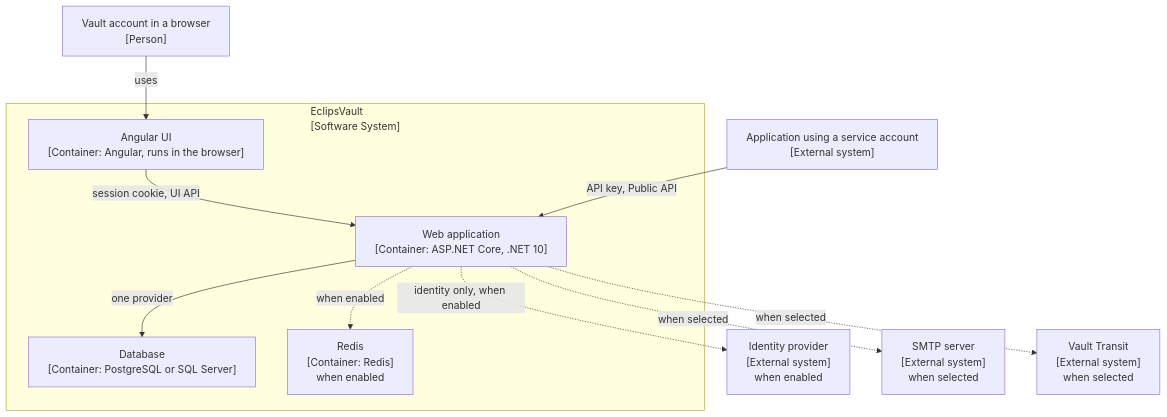
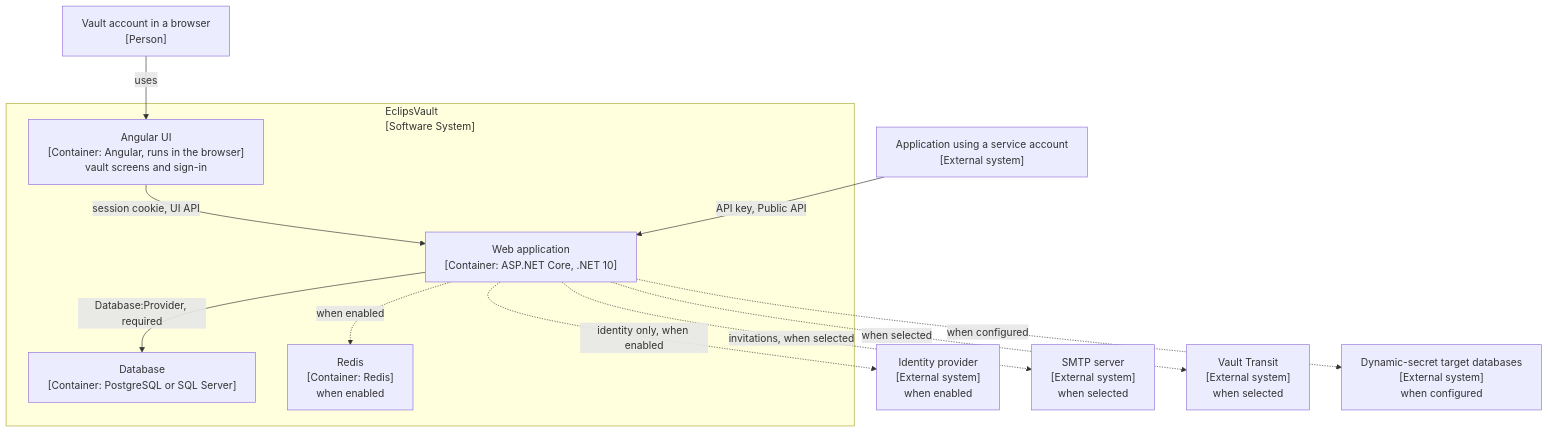
The second of 5 diagrams in docs/presentation/defence-draft/diagrams.md (sabysabashvily/EclipsVault), drawn with Mermaid before and after one commit. The commit also changed other lines of this file and 17 other files, not shown here.

````diff
--- a/docs/presentation/defence-draft/diagrams.md
+++ b/docs/presentation/defence-draft/diagrams.md
@@ -69,25 +76,27 @@
 ```mermaid
 %%{init: {"flowchart": {"wrappingWidth": 560}} }%%
 flowchart TB
   person["Vault account in a browser<br/>[Person]"]
   app["Application using a service account<br/>[External system]"]
   idp["Identity provider<br/>[External system]<br/>when enabled"]
   smtp["SMTP server<br/>[External system]<br/>when selected"]
   kms["Vault Transit<br/>[External system]<br/>when selected"]
+  targets["Dynamic-secret target databases<br/>[External system]<br/>when configured"]
 
   subgraph boundary ["EclipsVault<br/>[Software System]"]
-    angular["Angular UI<br/>[Container: Angular, runs in the browser]"]
+    angular["Angular UI<br/>[Container: Angular, runs in the browser]<br/>vault screens and sign-in"]
     web["Web application<br/>[Container: ASP.NET Core, .NET 10]"]
     db["Database<br/>[Container: PostgreSQL or SQL Server]"]
     redis["Redis<br/>[Container: Redis]<br/>when enabled"]
   end
 
   person -->|uses| angular
   angular -->|session cookie, UI API| web
   app -->|API key, Public API| web
-  web -->|one provider| db
+  web -->|Database:Provider, required| db
   web -.->|when enabled| redis
   web -.->|identity only, when enabled| idp
-  web -.->|when selected| smtp
+  web -.->|invitations, when selected| smtp
   web -.->|when selected| kms
+  web -.->|when configured| targets
 ```
````
